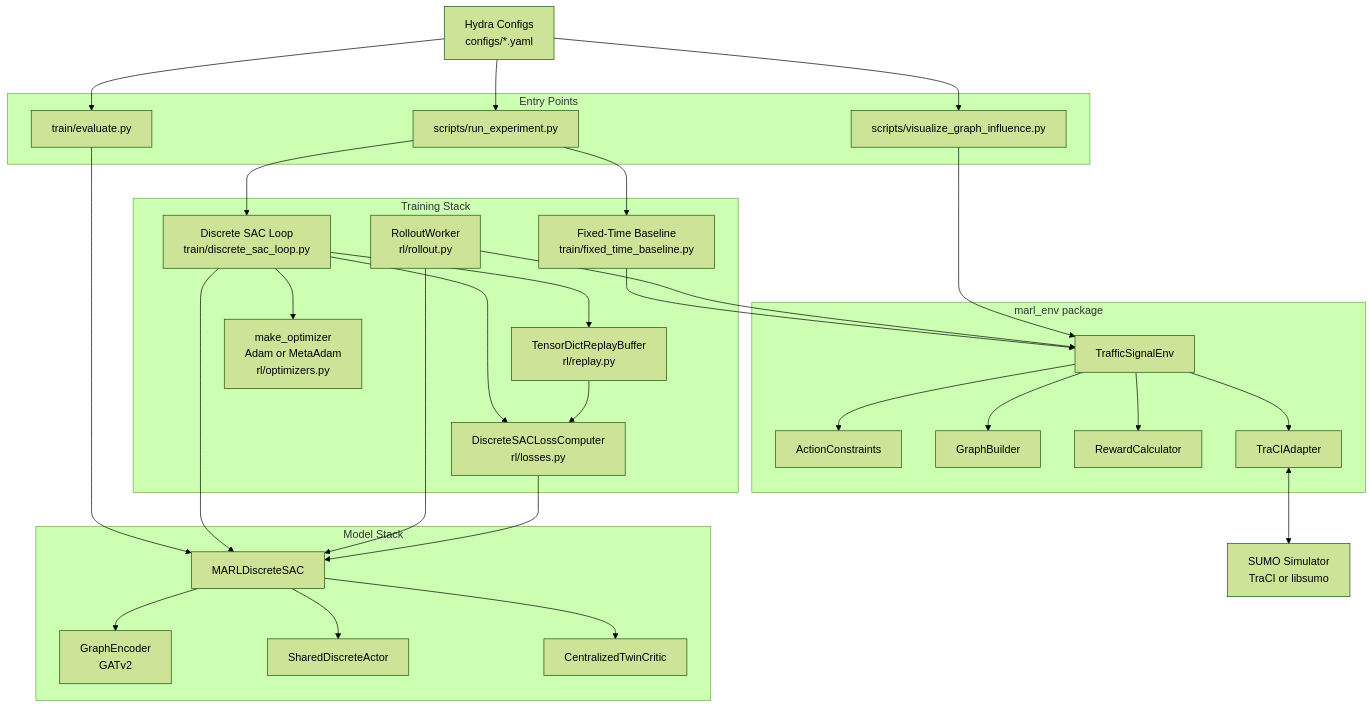
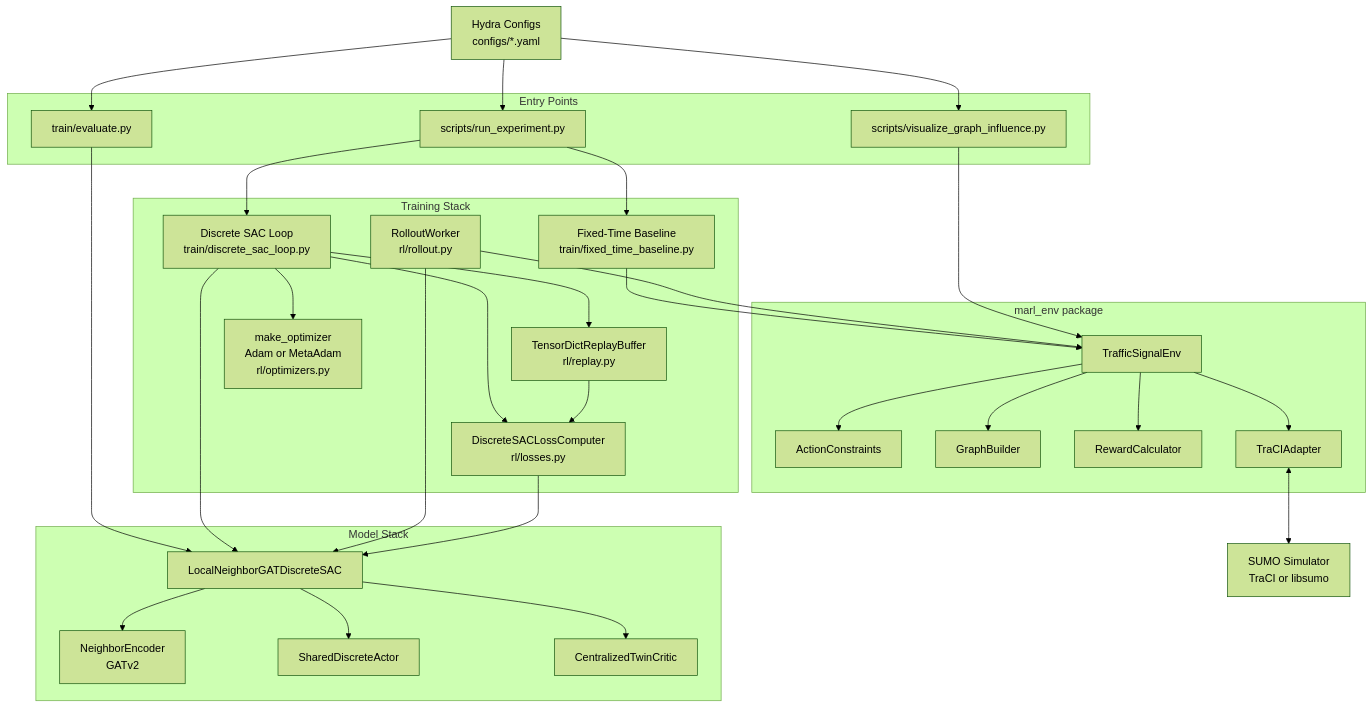
Before and after one commit to fuisl/marl: the first of 14 diagrams in docs/marl_env_diagrams.md, drawn with Mermaid (forest theme). The commit also changed other lines of this file and 38 other files, not shown here.

````diff
--- a/docs/marl_env_diagrams.md
+++ b/docs/marl_env_diagrams.md
@@ -9,66 +9,66 @@
 ```mermaid
 flowchart TB
   Hydra[Hydra Configs\nconfigs/*.yaml]
 
   subgraph EntryPoints[Entry Points]
     RunExp[scripts/run_experiment.py]
     Eval[train/evaluate.py]
     Viz[scripts/visualize_graph_influence.py]
   end
 
   subgraph TrainStack[Training Stack]
     TrainLoop[Discrete SAC Loop\ntrain/discrete_sac_loop.py]
     BaselineLoop[Fixed-Time Baseline\ntrain/fixed_time_baseline.py]
     Rollout[RolloutWorker\nrl/rollout.py]
     Replay[TensorDictReplayBuffer\nrl/replay.py]
     Loss[DiscreteSACLossComputer\nrl/losses.py]
     Opt[make_optimizer\nAdam or MetaAdam\nrl/optimizers.py]
   end
 
   subgraph ModelStack[Model Stack]
-    Agent[MARLDiscreteSAC]
-    Encoder[GraphEncoder\nGATv2]
+    Agent[LocalNeighborGATDiscreteSAC]
+    Encoder[NeighborEncoder\nGATv2]
     Actor[SharedDiscreteActor]
     Critic[CentralizedTwinCritic]
   end
 
   subgraph EnvPkg[marl_env package]
     Env[TrafficSignalEnv]
     AC[ActionConstraints]
     GB[GraphBuilder]
     RC[RewardCalculator]
     TA[TraCIAdapter]
   end
 
   SUMO[SUMO Simulator\nTraCI or libsumo]
 
   Hydra --> RunExp
   Hydra --> Eval
   Hydra --> Viz
 
   RunExp --> TrainLoop
   RunExp --> BaselineLoop
   Eval --> Agent
   Viz --> Env
 
   TrainLoop --> Replay
   TrainLoop --> Loss
   TrainLoop --> Agent
   TrainLoop --> Opt
   BaselineLoop --> Env
 
   Rollout --> Env
   Rollout --> Agent
   Replay --> Loss
   Loss --> Agent
 
   Agent --> Encoder
   Agent --> Actor
   Agent --> Critic
 
   Env --> AC
   Env --> GB
   Env --> RC
   Env --> TA
   TA <--> SUMO
 ```
````
